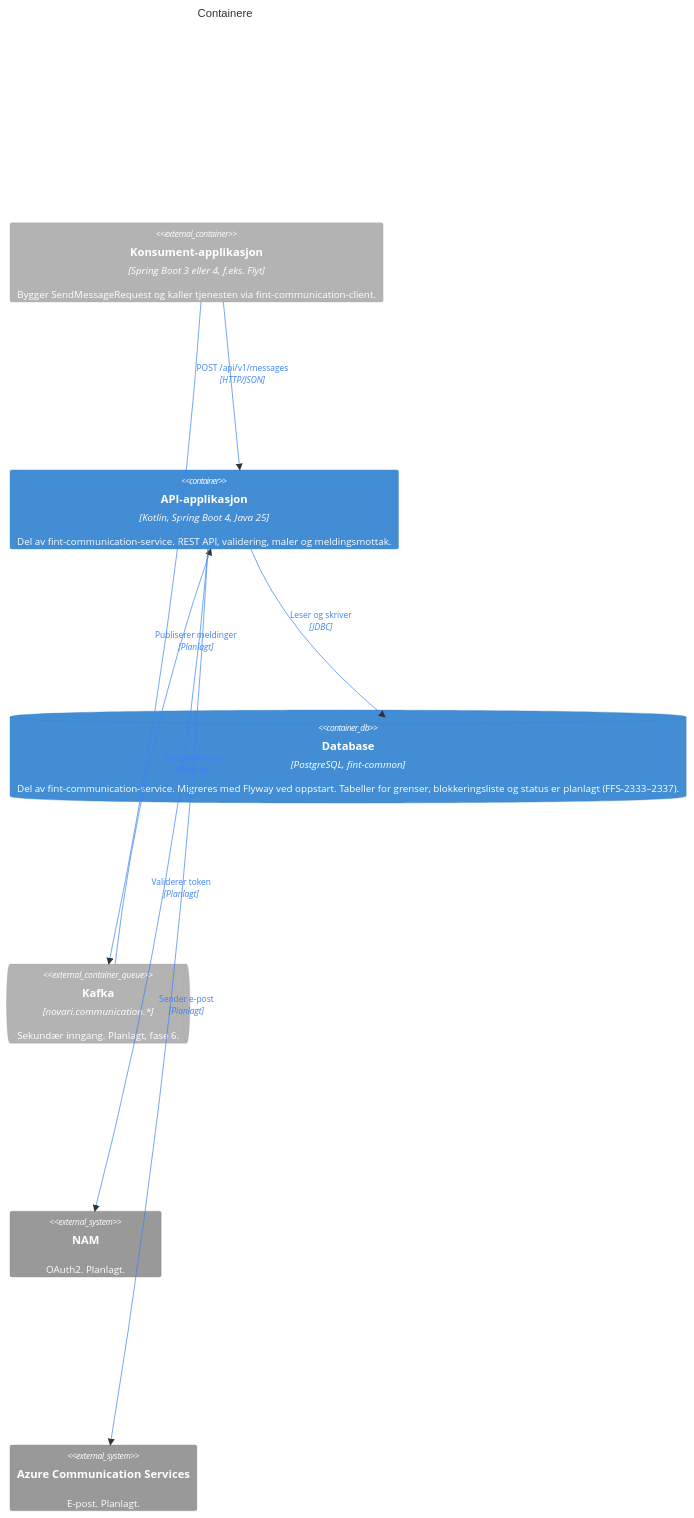
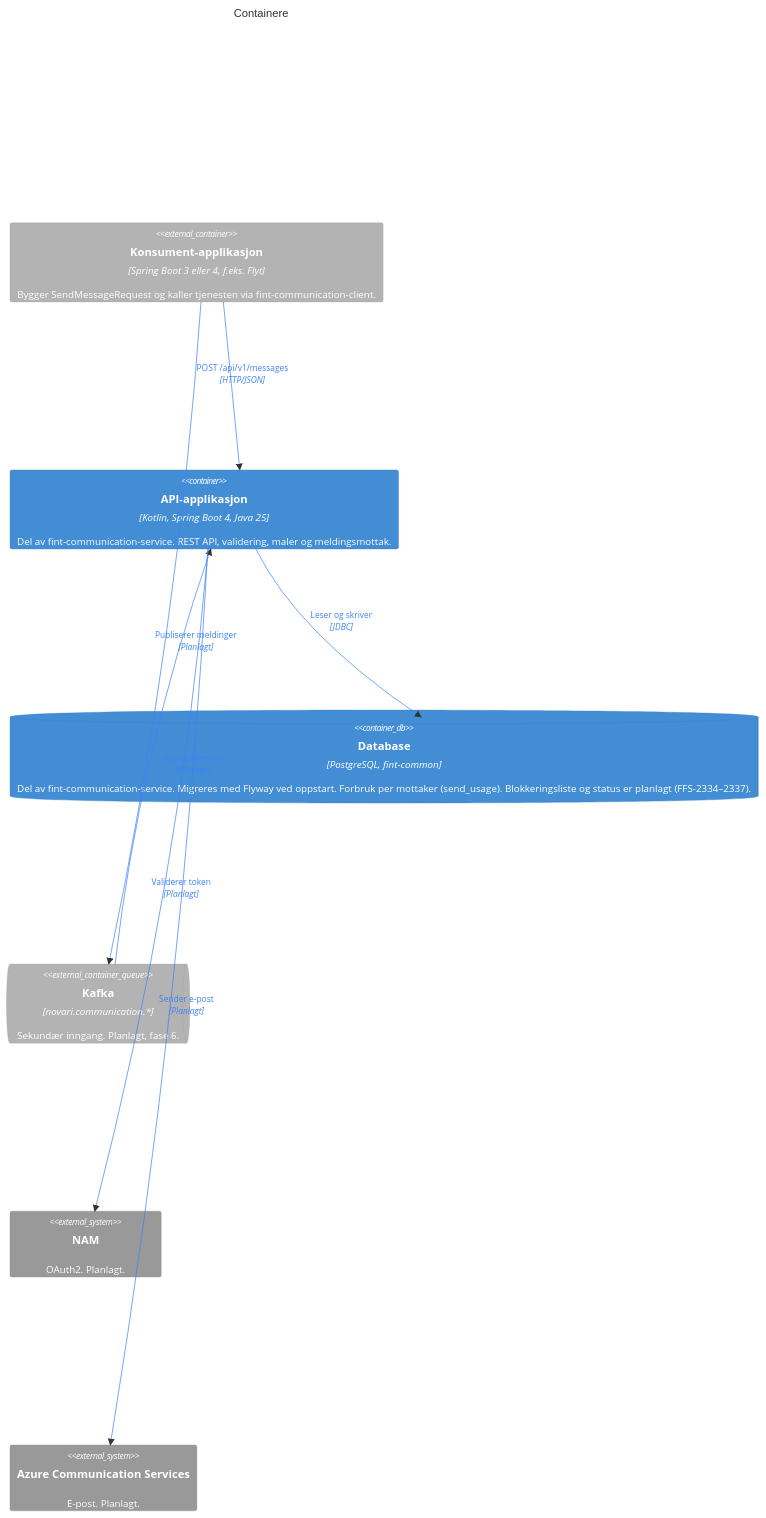
The second of 12 diagrams in docs/architecture.md (FINTLabs/fint-communication-service), drawn with Mermaid before and after one commit. The commit also changed other lines of this file and 25 other files, not shown here.

First line of the commit message:
feat: grense per mottaker (10/time, 40/døgn)

````diff
--- a/docs/architecture.md
+++ b/docs/architecture.md
@@ -66,27 +66,27 @@
 ```mermaid
 %%{init: {"c4": {"c4ShapeMargin": 120}}}%%
 C4Container
     title Containere
 
     Container_Ext(konsumentApp, "Konsument-applikasjon", "Spring Boot 3 eller 4, f.eks. Flyt", "Bygger SendMessageRequest og kaller tjenesten via fint-communication-client.")
     Container(app, "API-applikasjon", "Kotlin, Spring Boot 4, Java 25", "Del av fint-communication-service. REST API, validering, maler og meldingsmottak.")
-    ContainerDb(db, "Database", "PostgreSQL, fint-common", "Del av fint-communication-service. Migreres med Flyway ved oppstart. Tabeller for grenser, blokkeringsliste og status er planlagt (FFS-2333–2337).")
+    ContainerDb(db, "Database", "PostgreSQL, fint-common", "Del av fint-communication-service. Migreres med Flyway ved oppstart. Forbruk per mottaker (send_usage). Blokkeringsliste og status er planlagt (FFS-2334–2337).")
     ContainerQueue_Ext(kafka, "Kafka", "novari.communication.*", "Sekundær inngang. Planlagt, fase 6.")
     System_Ext(nam, "NAM", "OAuth2. Planlagt.")
     System_Ext(acs, "Azure Communication Services", "E-post. Planlagt.")
 
     Rel(konsumentApp, app, "POST /api/v1/messages", "HTTP/JSON")
     Rel(konsumentApp, kafka, "Publiserer meldinger", "Planlagt")
     Rel(kafka, app, "Konsumeres av", "Planlagt")
     Rel(app, db, "Leser og skriver", "JDBC")
     Rel(app, nam, "Validerer token", "Planlagt")
     Rel(app, acs, "Sender e-post", "Planlagt")
 
     UpdateRelStyle(konsumentApp, app, $textColor="#3B82F6", $lineColor="#3B82F6", $offsetY="-28", $offsetX="-50")
     UpdateRelStyle(konsumentApp, kafka, $textColor="#3B82F6", $lineColor="#3B82F6")
     UpdateRelStyle(kafka, app, $textColor="#3B82F6", $lineColor="#3B82F6")
     UpdateRelStyle(app, db, $textColor="#3B82F6", $lineColor="#3B82F6", $offsetY="-28", $offsetX="-40")
     UpdateRelStyle(app, nam, $textColor="#3B82F6", $lineColor="#3B82F6")
     UpdateRelStyle(app, acs, $textColor="#3B82F6", $lineColor="#3B82F6")
     UpdateLayoutConfig($c4ShapeInRow="3", $c4BoundaryInRow="1")
 ```
````
